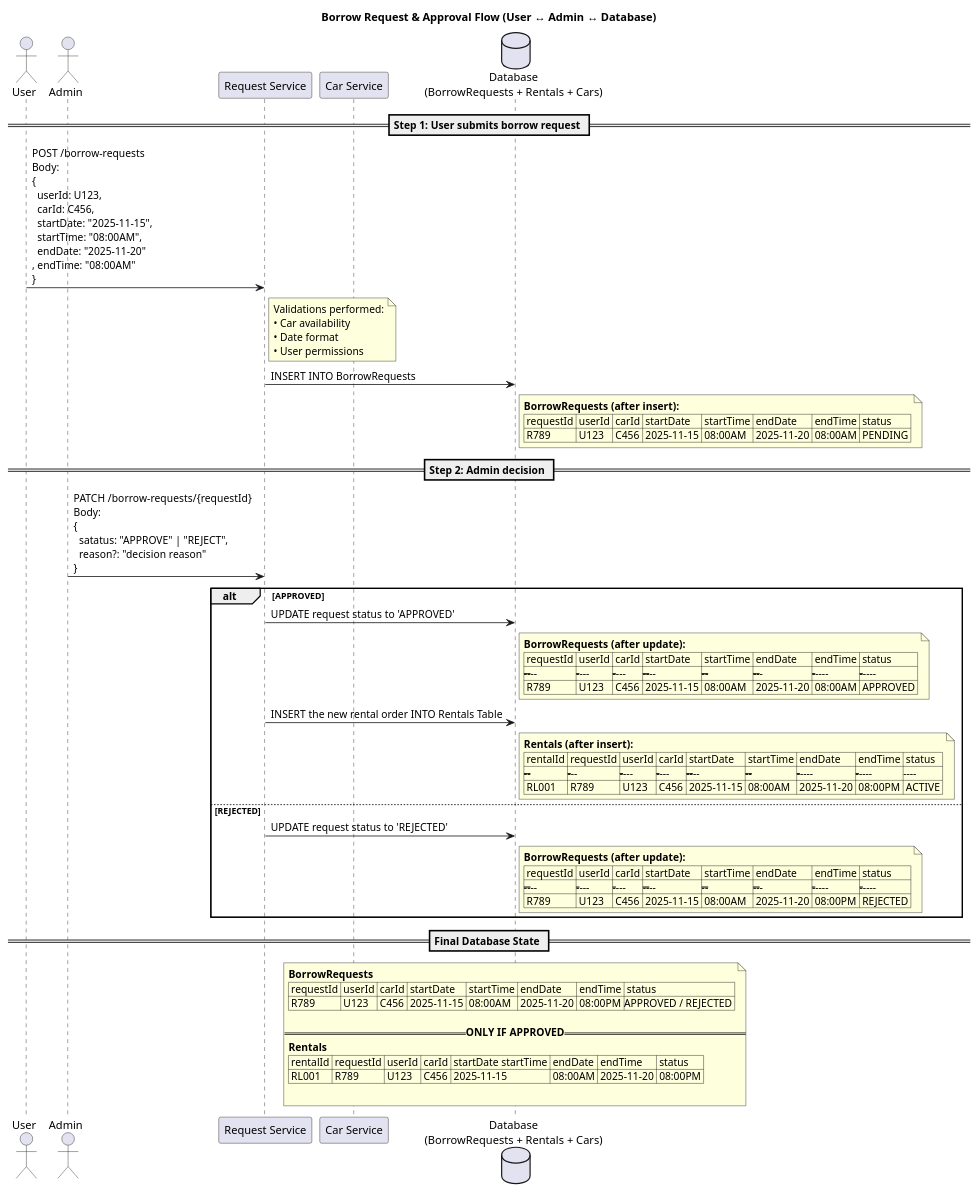
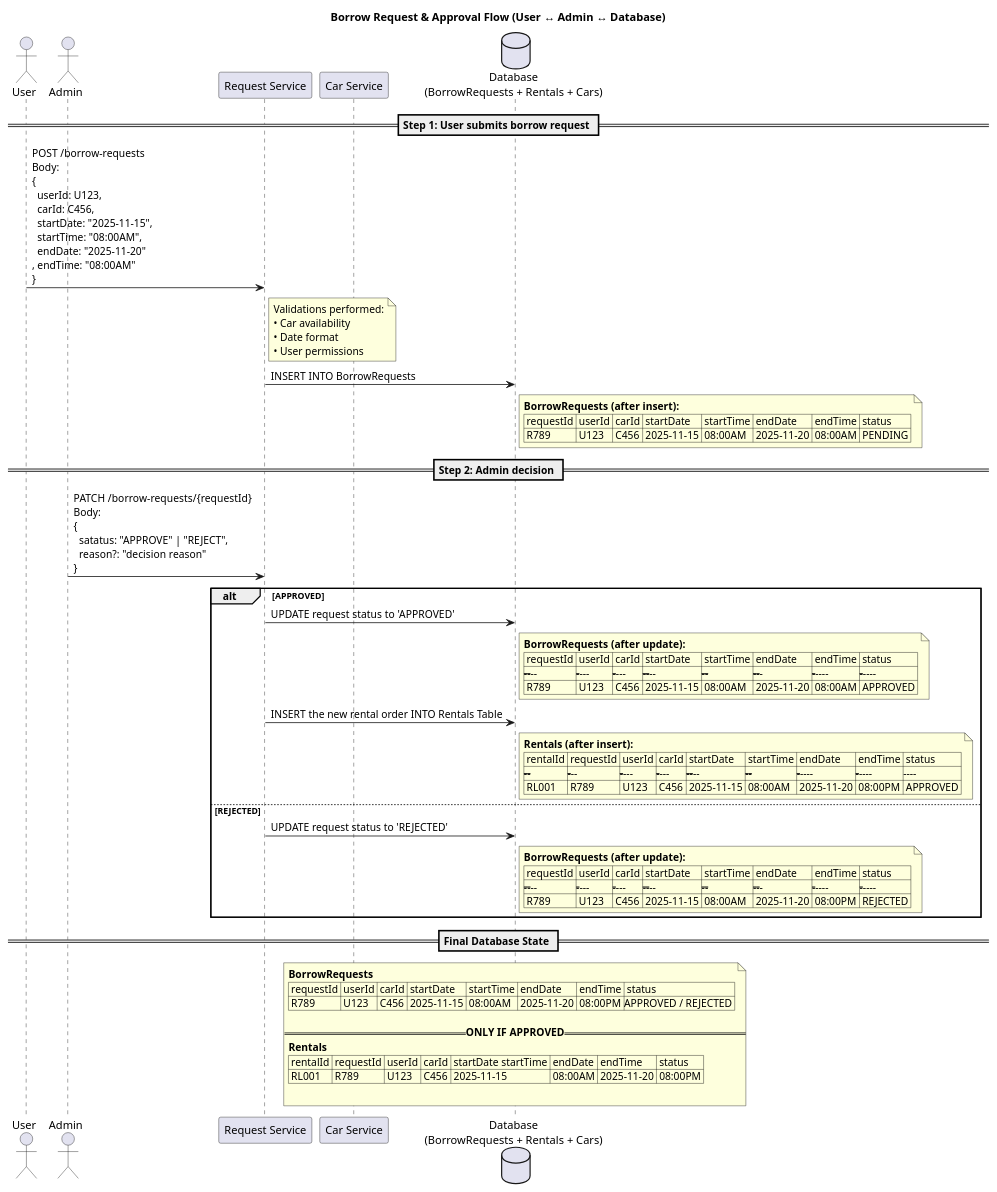
Before and after one commit to startupdev-org/LevelAutoRental: the diagram in docs/architecture/flows/borrow_request.puml, drawn with PlantUML. The commit also changed 1 other file, not shown here.

Commit message:
make some small changes in flow

```diff
--- a/docs/architecture/flows/borrow_request.puml
+++ b/docs/architecture/flows/borrow_request.puml
@@ -1,75 +1,75 @@
 @startuml
 title Borrow Request & Approval Flow (User ↔ Admin ↔ Database)
 
 actor User
 actor Admin
 participant "Request Service" as ReqService
 participant "Car Service" as CarService
 database DB as "Database\n(BorrowRequests + Rentals + Cars)"
 
 == Step 1: User submits borrow request ==
 User -> ReqService: POST /borrow-requests\nBody:\n{\n  userId: U123,\n  carId: C456,\n  startDate: "2025-11-15",\n  startTime: "08:00AM",\n  endDate: "2025-11-20"\n, endTime: "08:00AM"\n}
 
 note right of ReqService
 Validations performed:
 • Car availability  
 • Date format  
 • User permissions
 end note
 
 ReqService -> DB: INSERT INTO BorrowRequests
 note right of DB
 **BorrowRequests (after insert):**
 | requestId | userId | carId | startDate | startTime | endDate | endTime | status |
 | R789 | U123 | C456 | 2025-11-15 | 08:00AM | 2025-11-20 | 08:00AM | PENDING |
 end note
 
 
 ' DB --> ReqService: Returns requestId = R789
 ' ReqService --> Admin: Notify pending request (R789)
 
 == Step 2: Admin decision ==
 Admin -> ReqService: PATCH /borrow-requests/{requestId}\nBody:\n{\n  satatus: "APPROVE" | "REJECT",\n  reason?: "decision reason"\n}
 
 alt APPROVED
     ReqService -> DB: UPDATE request status to 'APPROVED'
     note right of DB
     **BorrowRequests (after update):**
     | requestId | userId | carId | startDate | startTime | endDate | endTime | status |
     |------------|--------|--------|------------|----------|-----------|---------|---------|
     | R789 | U123 | C456 | 2025-11-15 | 08:00AM | 2025-11-20 | 08:00AM | APPROVED |
     end note
 
     ReqService -> DB: INSERT the new rental order INTO Rentals Table
     note right of DB
     **Rentals (after insert):**
     | rentalId | requestId | userId | carId | startDate | startTime | endDate | endTime | status |
     |----------|-------|--------|--------|------------|----------|---------|---------|----|
-    | RL001 | R789 | U123 | C456 | 2025-11-15 | 08:00AM | 2025-11-20 | 08:00PM | ACTIVE |
+    | RL001 | R789 | U123 | C456 | 2025-11-15 | 08:00AM | 2025-11-20 | 08:00PM | APPROVED |
     end note
 
     
 else REJECTED
     ReqService -> DB: UPDATE request status to 'REJECTED'
     note right of DB
     **BorrowRequests (after update):**
     | requestId | userId | carId | startDate | startTime | endDate | endTime | status |
     |------------|--------|--------|------------|----------|-----------|---------|---------|
     | R789 | U123 | C456 | 2025-11-15 | 08:00AM | 2025-11-20 | 08:00PM | REJECTED |
     end note
 
 end
 
 == Final Database State ==
 note over DB
 **BorrowRequests**
 | requestId | userId | carId | startDate | startTime | endDate | endTime | status |
 | R789 | U123 | C456 | 2025-11-15 | 08:00AM | 2025-11-20 | 08:00PM |APPROVED / REJECTED |
 
 == **ONLY IF APPROVED** ==
 **Rentals**
 | rentalId | requestId | userId | carId | startDate startTime | endDate | endTime | status |
 | RL001 | R789 | U123 | C456 | 2025-11-15 | 08:00AM | 2025-11-20 | 08:00PM | ACTIVE |
 
 end note
 @enduml
```
